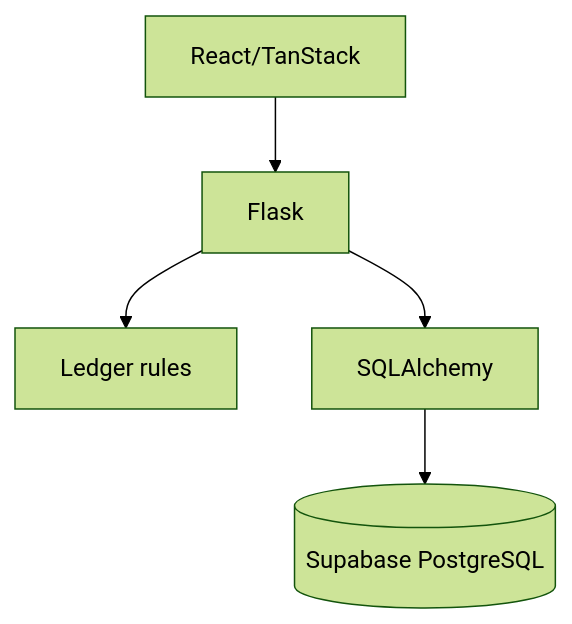
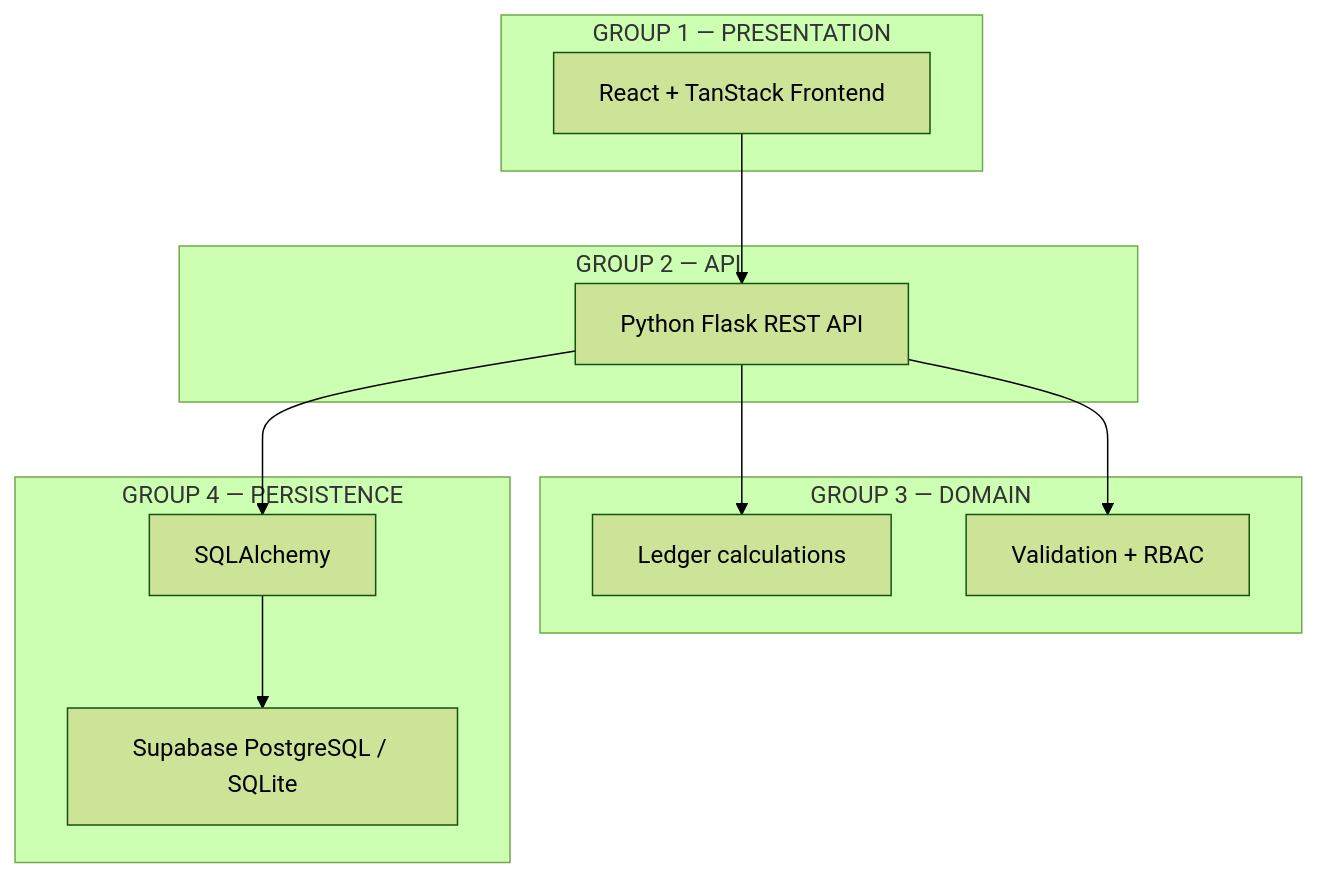
The first of 8 diagrams in docs/diagrams.md (folamiwuraolaa/roomledger), drawn with Mermaid (forest theme) before and after one commit. The commit also changed other lines of this file and 22 other files, not shown here.

Commit message:
complete super admin and onboarding flows improve authentication, onboarding, and documentation"

````diff
--- a/docs/diagrams.md
+++ b/docs/diagrams.md
@@ -13,7 +7,23 @@
 ```mermaid
 flowchart TB
-  UI[React/TanStack] --> API[Flask]
-  API --> Ledger[Ledger rules]
-  API --> ORM[SQLAlchemy]
-  ORM --> DB[(Supabase PostgreSQL)]
+    subgraph G1["GROUP 1 — PRESENTATION"]
+        UI["React + TanStack Frontend"]
+    end
+    subgraph G2["GROUP 2 — API"]
+        API["Python Flask REST API"]
+    end
+    subgraph G3["GROUP 3 — DOMAIN"]
+        LEDGER["Ledger calculations"]
+        RULES["Validation + RBAC"]
+    end
+    subgraph G4["GROUP 4 — PERSISTENCE"]
+        ORM["SQLAlchemy"]
+        DB["Supabase PostgreSQL / SQLite"]
+    end
+
+    UI --> API
+    API --> LEDGER
+    API --> RULES
+    API --> ORM
+    ORM --> DB
 ```
````
